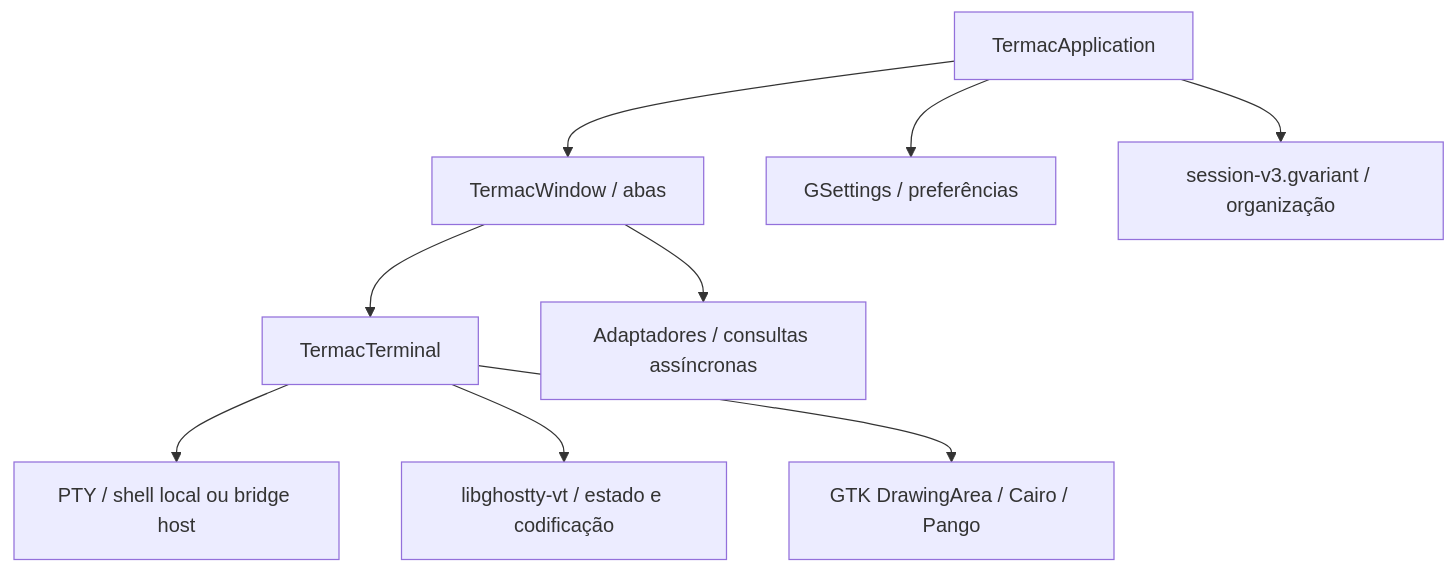
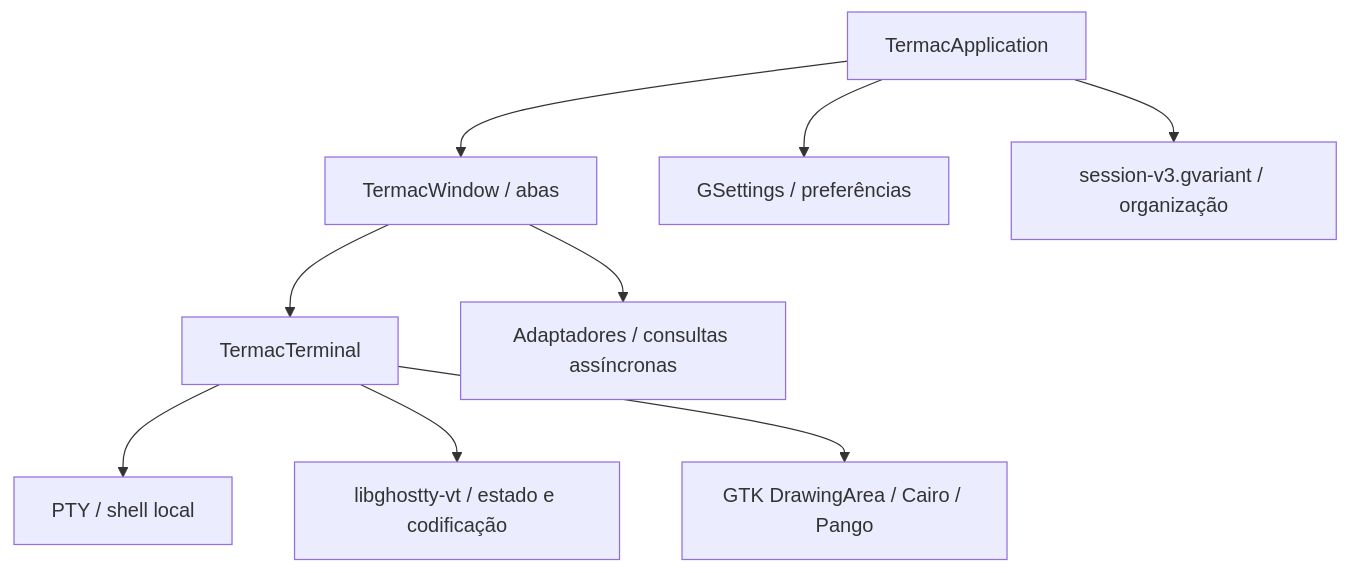
The diagram in PDR.Arquiteture.md (ThiagoAciole/Termuni), drawn with Mermaid before and after one commit. The commit also changed other lines of this file and 9 other files, not shown here.

````diff
--- a/PDR.Arquiteture.md
+++ b/PDR.Arquiteture.md
@@ -57,11 +56,11 @@
 ```mermaid
 flowchart TD
     App[TermacApplication] --> Window[TermacWindow / abas]
     App --> Settings[GSettings / preferências]
     App --> Session[session-v3.gvariant / organização]
     Window --> Terminal[TermacTerminal]
     Window --> Agent[Adaptadores / consultas assíncronas]
-    Terminal --> PTY[PTY / shell local ou bridge host]
+    Terminal --> PTY[PTY / shell local]
     Terminal --> VT[libghostty-vt / estado e codificação]
     Terminal --> Draw[GTK DrawingArea / Cairo / Pango]
 ```
````
